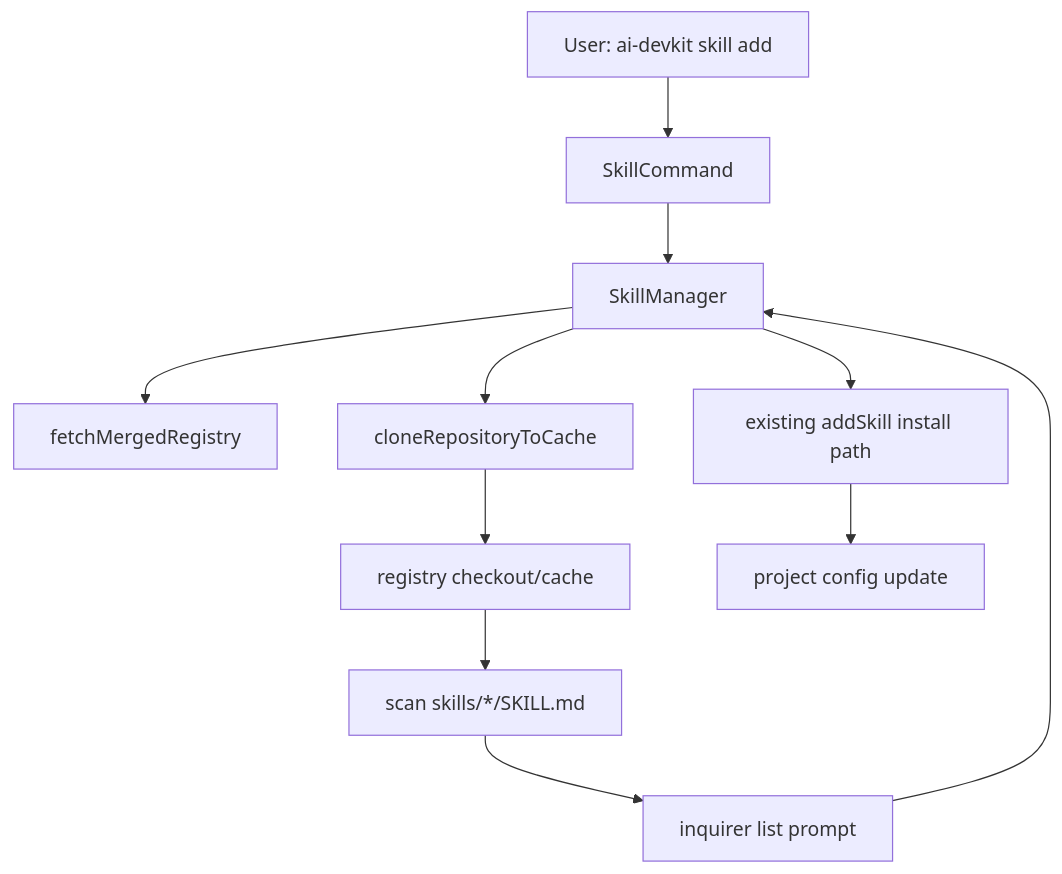
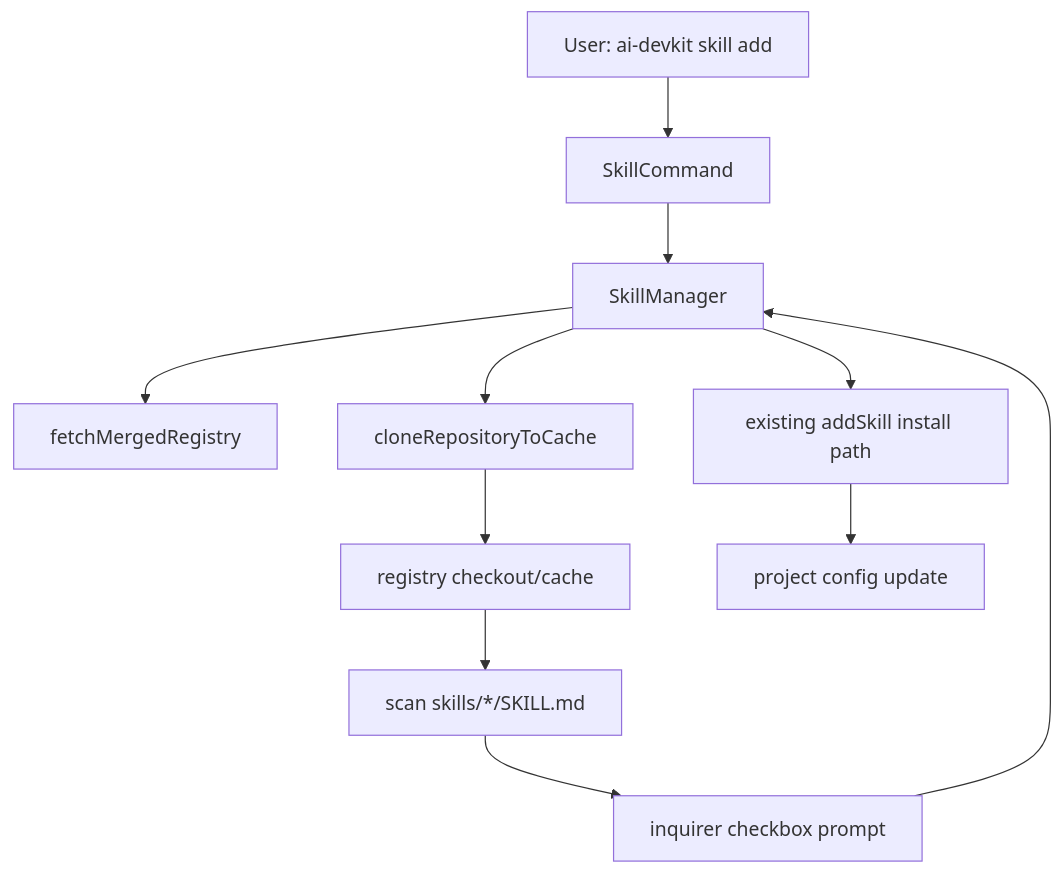
Before and after one commit to codeaholicguy/ai-devkit: the diagram in docs/ai/design/feature-skill-add-interactive-selection.md, drawn with Mermaid. The commit also changed other lines of this file and 7 other files, not shown here.

````diff
--- a/docs/ai/design/feature-skill-add-interactive-selection.md
+++ b/docs/ai/design/feature-skill-add-interactive-selection.md
@@ -13,13 +13,13 @@
 ```mermaid
 graph TD
   User[User: ai-devkit skill add <registry>] --> SkillCommand
   SkillCommand --> SkillManager
   SkillManager --> RegistryResolver[fetchMergedRegistry]
   SkillManager --> CacheResolver[cloneRepositoryToCache]
   CacheResolver --> RegistryRepo[registry checkout/cache]
   RegistryRepo --> SkillEnumerator[scan skills/*/SKILL.md]
-  SkillEnumerator --> Prompt[inquirer list prompt]
+  SkillEnumerator --> Prompt[inquirer checkbox prompt]
   Prompt --> SkillManager
   SkillManager --> Installer[existing addSkill install path]
   Installer --> ConfigManager[project config update]
 ```
````
